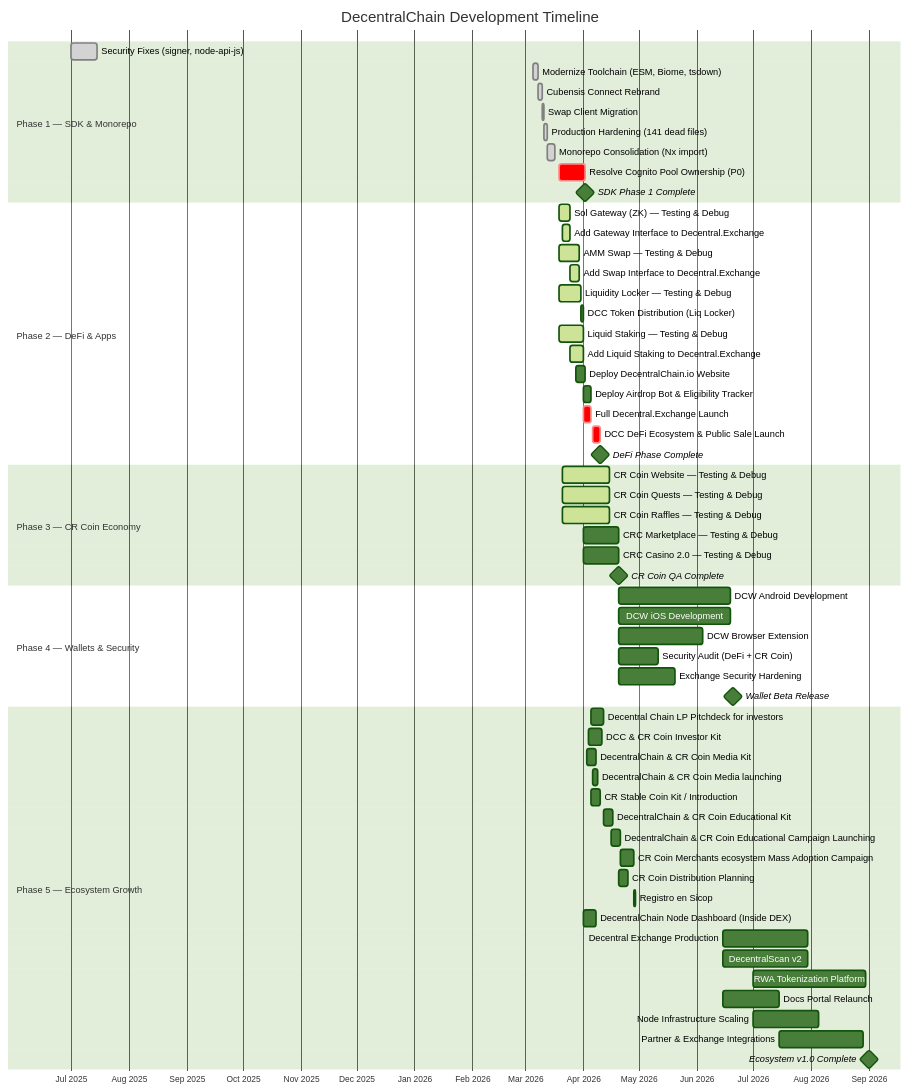
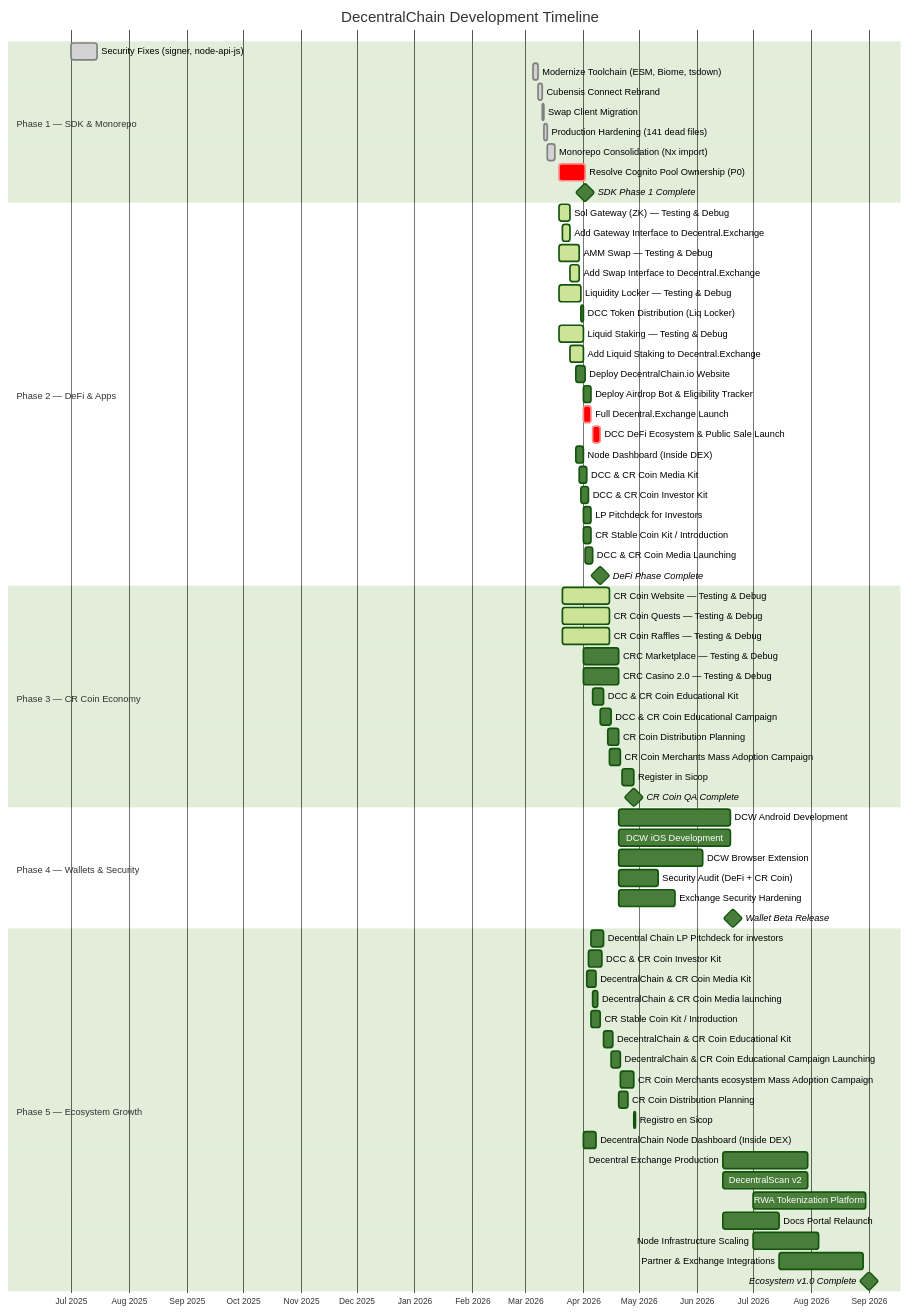
The third of 11 diagrams in ROADMAP.md (33imattei33/roadmap-project), drawn with Mermaid (forest theme) before and after one commit. The commit also changed other lines of this file, not shown here.

First line of the commit message:
docs: add 11 new deliverables to roadmap (Apr 1–28)

````diff
--- a/ROADMAP.md
+++ b/ROADMAP.md
@@ -109,68 +117,79 @@
 ```mermaid
 gantt
     title DecentralChain Development Timeline
     dateFormat  YYYY-MM-DD
     axisFormat  %b %Y
     todayMarker stroke-width:3px,stroke:#ff0000
 
     section Phase 1 — SDK & Monorepo
     Security Fixes (signer, node-api-js)   :done, a2, 2025-07-01, 14d
     Modernize Toolchain (ESM, Biome, tsdown) :done, a3, 2026-03-05, 3d
     Cubensis Connect Rebrand               :done, a4, 2026-03-08, 2d
     Swap Client Migration                  :done, a5, 2026-03-10, 1d
     Production Hardening (141 dead files)  :done, a6, 2026-03-11, 2d
     Monorepo Consolidation (Nx import)     :done, a7, 2026-03-13, 4d
     Resolve Cognito Pool Ownership (P0)    :crit, a8, 2026-03-19, 14d
     SDK Phase 1 Complete                   :milestone, m1, 2026-04-02, 0d
 
     section Phase 2 — DeFi & Apps
     Sol Gateway (ZK) — Testing & Debug     :active, b1, 2026-03-19, 6d
     Add Gateway Interface to Decentral.Exchange :active, b1b, 2026-03-21, 4d
     AMM Swap — Testing & Debug             :active, b2, 2026-03-19, 11d
     Add Swap Interface to Decentral.Exchange :active, b2b, 2026-03-25, 5d
     Liquidity Locker — Testing & Debug     :active, b3, 2026-03-19, 12d
     DCC Token Distribution (Liq Locker)    :b3b, 2026-03-31, 1d
     Liquid Staking — Testing & Debug       :active, b4, 2026-03-19, 13d
     Add Liquid Staking to Decentral.Exchange :active, b4b, 2026-03-25, 7d
     Deploy DecentralChain.io Website       :b5, 2026-03-28, 5d
     Deploy Airdrop Bot & Eligibility Tracker :b6, 2026-04-01, 4d
     Full Decentral.Exchange Launch         :crit, b7, 2026-04-01, 4d
     DCC DeFi Ecosystem & Public Sale Launch :crit, b8, 2026-04-06, 4d
+    Node Dashboard (Inside DEX)            :b9, 2026-03-28, 4d
+    DCC & CR Coin Media Kit                :b10, 2026-03-30, 4d
+    DCC & CR Coin Investor Kit             :b11, 2026-03-31, 4d
+    LP Pitchdeck for Investors             :b12, 2026-04-01, 4d
+    CR Stable Coin Kit / Introduction      :b13, 2026-04-01, 4d
+    DCC & CR Coin Media Launching          :b14, 2026-04-02, 4d
     DeFi Phase Complete                    :milestone, m2, 2026-04-10, 0d
 
     section Phase 3 — CR Coin Economy
     CR Coin Website — Testing & Debug      :active, c1, 2026-03-21, 25d
     CR Coin Quests — Testing & Debug       :active, c2, 2026-03-21, 25d
     CR Coin Raffles — Testing & Debug      :active, c3, 2026-03-21, 25d
     CRC Marketplace — Testing & Debug      :c4, 2026-04-01, 19d
     CRC Casino 2.0 — Testing & Debug       :c5, 2026-04-01, 19d
-    CR Coin QA Complete                    :milestone, m3, 2026-04-20, 0d
+    DCC & CR Coin Educational Kit          :c6, 2026-04-06, 6d
+    DCC & CR Coin Educational Campaign     :c7, 2026-04-10, 6d
+    CR Coin Distribution Planning          :c8, 2026-04-14, 6d
+    CR Coin Merchants Mass Adoption Campaign :c9, 2026-04-15, 6d
+    Register in Sicop                      :c10, 2026-04-22, 6d
+    CR Coin QA Complete                    :milestone, m3, 2026-04-28, 0d
 
     section Phase 4 — Wallets & Security
     DCW Android Development                :d1, 2026-04-20, 60d
     DCW iOS Development                    :d2, 2026-04-20, 60d
     DCW Browser Extension                  :d3, 2026-04-20, 45d
     Security Audit (DeFi + CR Coin)        :d4, 2026-04-20, 21d
     Exchange Security Hardening            :d5, 2026-04-20, 30d
     Wallet Beta Release                    :milestone, m4, 2026-06-20, 0d
 
     section Phase 5 — Ecosystem Growth
     Decentral Chain LP Pitchdeck for investors :e1, 2026-04-05, 7d
     DCC & CR Coin Investor Kit                 :e2, 2026-04-04, 7d
     DecentralChain & CR Coin Media Kit         :e3, 2026-04-03, 5d
     DecentralChain & CR Coin Media launching   :e4, 2026-04-06, 3d
     CR Stable Coin Kit / Introduction          :e5, 2026-04-05, 5d
     DecentralChain & CR Coin Educational Kit   :e6, 2026-04-12, 5d
     DecentralChain & CR Coin Educational Campaign Launching :e7, 2026-04-16, 5d
     CR Coin Merchants ecosystem Mass Adoption Campaign :e8, 2026-04-21, 7d
     CR Coin Distribution Planning              :e9, 2026-04-20, 5d
     Registro en Sicop                          :e10, 2026-04-28, 1d
     DecentralChain Node Dashboard (Inside DEX) :e11, 2026-04-01, 7d
     Decentral Exchange Production              :e12, 2026-06-15, 45d
     DecentralScan v2                           :e13, 2026-06-15, 45d
     RWA Tokenization Platform                  :e14, 2026-07-01, 60d
     Docs Portal Relaunch                       :e15, 2026-06-15, 30d
     Node Infrastructure Scaling                :e16, 2026-07-01, 35d
     Partner & Exchange Integrations            :e17, 2026-07-15, 45d
     Ecosystem v1.0 Complete                    :milestone, m5, 2026-09-01, 0d
 ```
````
